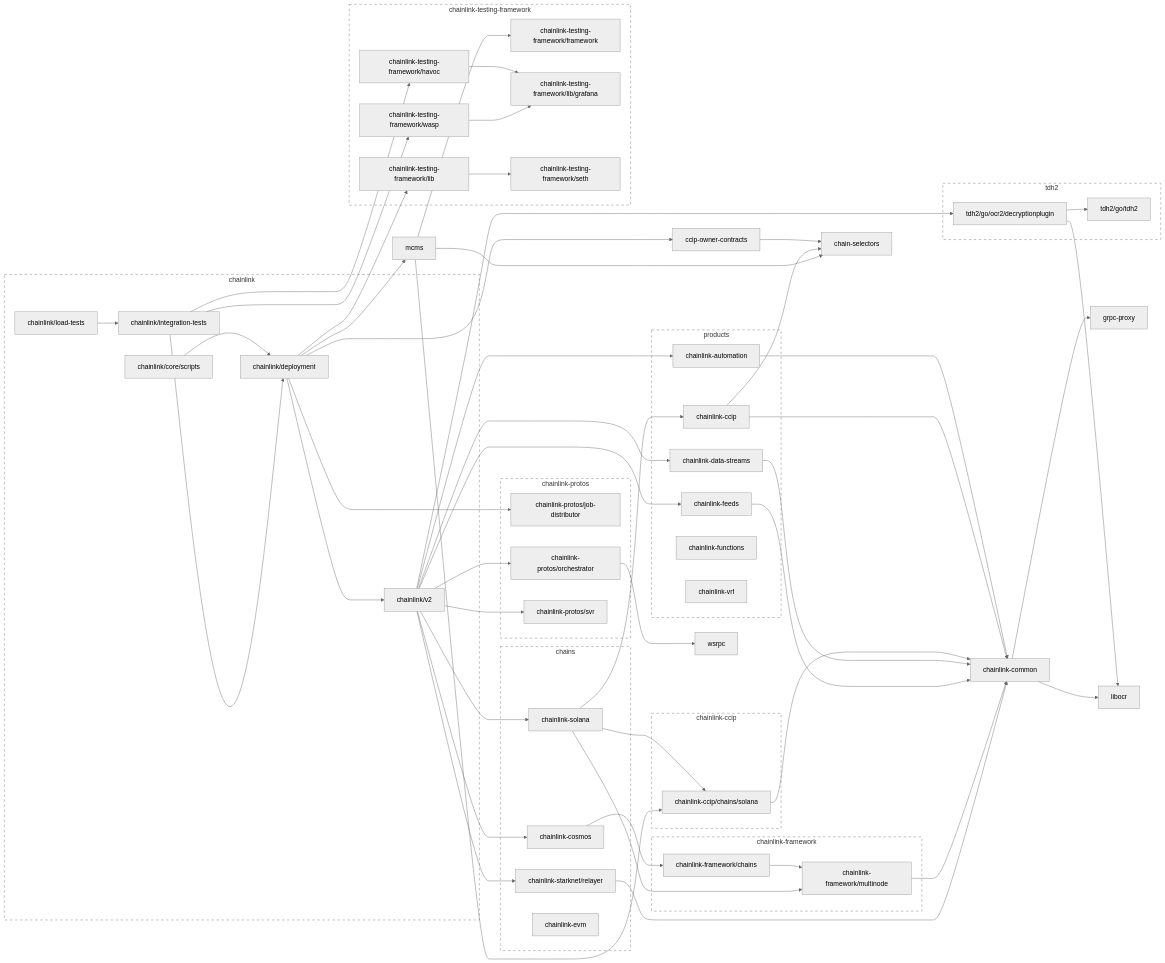
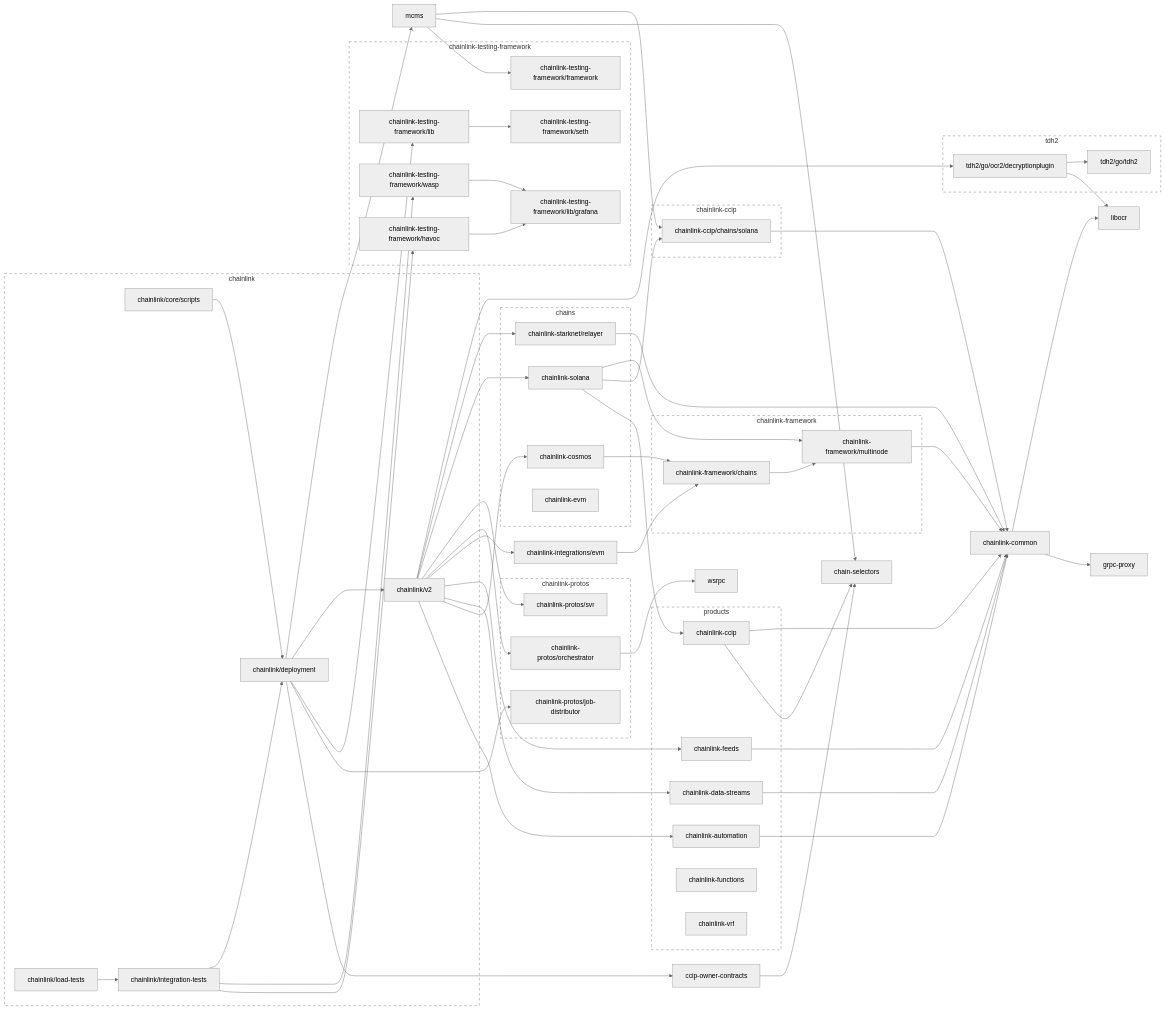
One commit to smartcontractkit/chainlink changed the second of 2 diagrams in go.md. Above: the diagram before and after it, drawn with Mermaid (neutral theme). The commit also changed other lines of this file and 798 other files, not shown here.

Commit message:
evm: remove; import chainlink-integrations/evm

```diff
--- a/go.md
+++ b/go.md
@@ -148,6 +151,8 @@
 	click chainlink-framework/chains href "https://github.com/smartcontractkit/chainlink-framework"
 	chainlink-framework/multinode --> chainlink-common
 	click chainlink-framework/multinode href "https://github.com/smartcontractkit/chainlink-framework"
+	chainlink-integrations/evm --> chainlink-framework/chains
+	click chainlink-integrations/evm href "https://github.com/smartcontractkit/chainlink-integrations"
 	chainlink-protos/job-distributor
 	click chainlink-protos/job-distributor href "https://github.com/smartcontractkit/chainlink-protos"
 	chainlink-protos/orchestrator --> wsrpc
@@ -190,6 +195,7 @@
 	chainlink/v2 --> chainlink-cosmos
 	chainlink/v2 --> chainlink-data-streams
 	chainlink/v2 --> chainlink-feeds
+	chainlink/v2 --> chainlink-integrations/evm
 	chainlink/v2 --> chainlink-protos/orchestrator
 	chainlink/v2 --> chainlink-protos/svr
 	chainlink/v2 --> chainlink-solana
```
